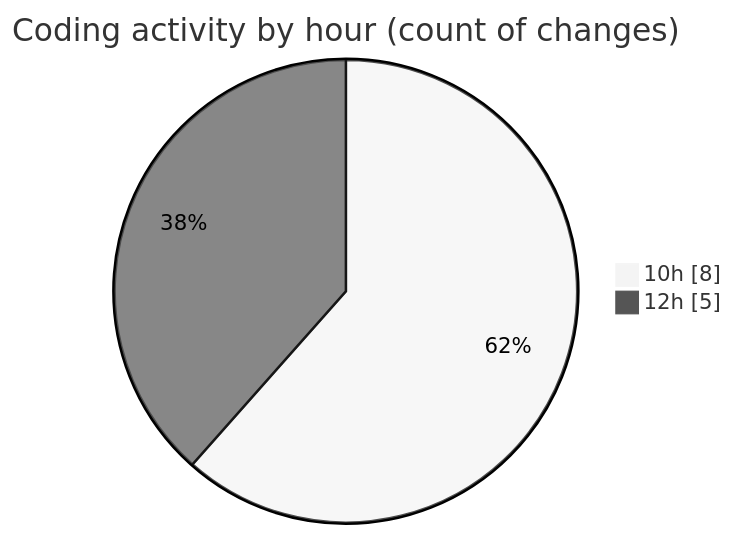
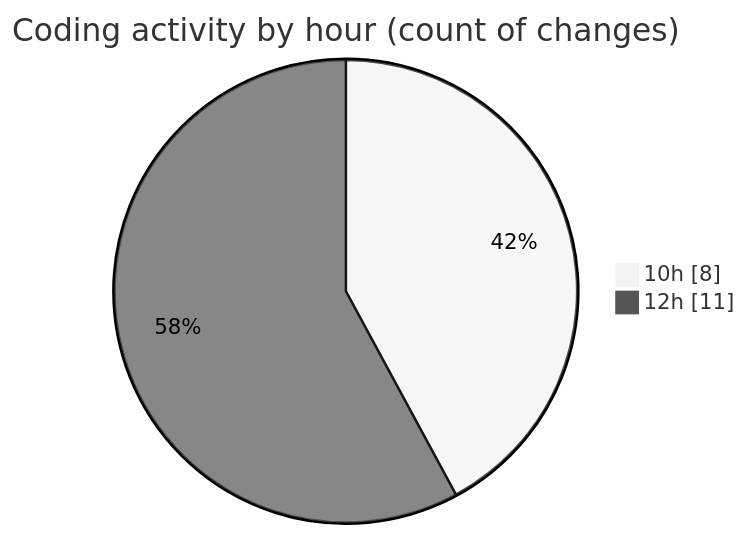
Before and after one commit to momahboobian/code-tracking: the second of 2 diagrams in 2025-05-02/cda/README.md, drawn with Mermaid (neutral theme). The commit also changed other lines of this file and 1 other file, not shown here.

````diff
--- a/2025-05-02/cda/README.md
+++ b/2025-05-02/cda/README.md
@@ -33,6 +33,6 @@
 ```mermaid
 pie showData
 title Coding activity by hour (count of changes)
 "10h" : 8
-"12h" : 5
+"12h" : 11
 ```
````
